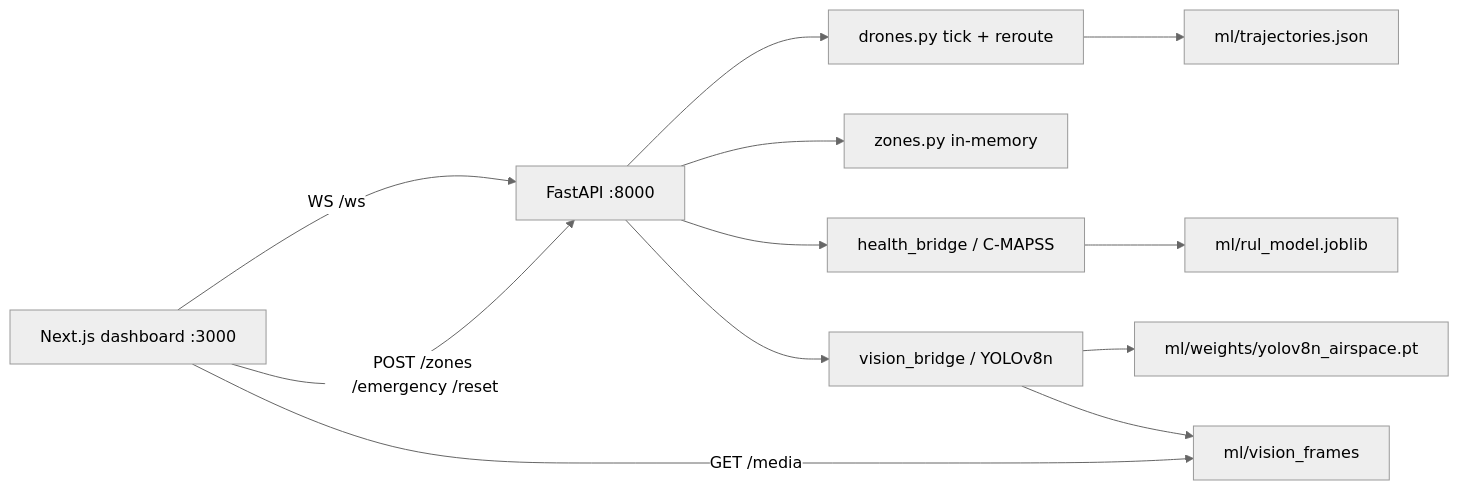
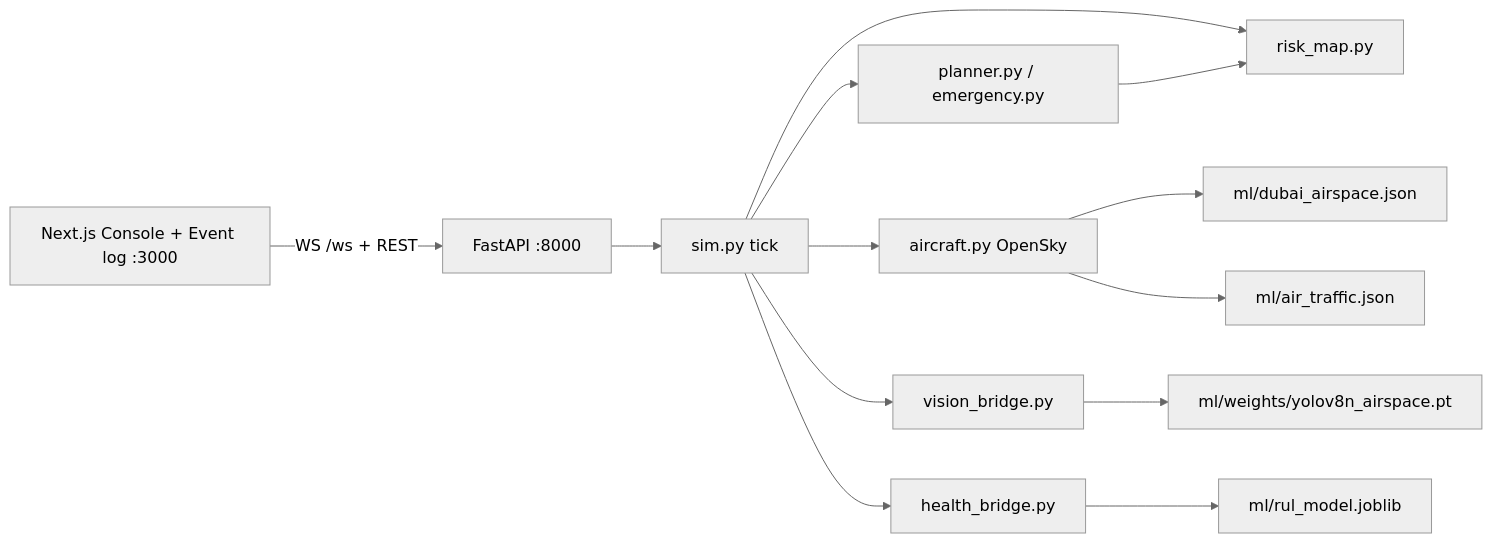
Before and after one commit to joelmathewgeorge/codecortex: the diagram in drone-airspace-guardian/README.md, drawn with Mermaid (neutral theme). The commit also changed other lines of this file and 1 other file, not shown here.

Commit message:
Rewrite the GitHub README as a hackathon pitch for the Dubai airspace console.

````diff
--- a/drone-airspace-guardian/README.md
+++ b/drone-airspace-guardian/README.md
@@ -38,14 +27,15 @@
 ```mermaid
 flowchart LR
-  UI["Next.js dashboard :3000"] -->|"WS /ws"| API["FastAPI :8000"]
-  UI -->|"POST /zones /emergency /reset"| API
-  UI -->|"GET /media"| Frames["ml/vision_frames"]
-  API --> Sim["drones.py tick + reroute"]
-  API --> Zones["zones.py in-memory"]
-  API --> Health["health_bridge / C-MAPSS"]
-  API --> Vision["vision_bridge / YOLOv8n"]
-  Sim --> Traj["ml/trajectories.json"]
-  Health --> Joblib["ml/rul_model.joblib"]
-  Vision --> Weights["ml/weights/yolov8n_airspace.pt"]
-  Vision --> Frames
+  UI["Next.js Console + Event log :3000"] -->|"WS /ws + REST"| API["FastAPI :8000"]
+  API --> Sim["sim.py tick"]
+  Sim --> Plan["planner.py / emergency.py"]
+  Sim --> Risk["risk_map.py"]
+  Sim --> Sky["aircraft.py OpenSky"]
+  Sim --> YOLO["vision_bridge.py"]
+  Sim --> RUL["health_bridge.py"]
+  Plan --> Risk
+  Sky --> OSM["ml/dubai_airspace.json"]
+  Sky --> Replay["ml/air_traffic.json"]
+  YOLO --> Weights["ml/weights/yolov8n_airspace.pt"]
+  RUL --> Joblib["ml/rul_model.joblib"]
 ```
````
